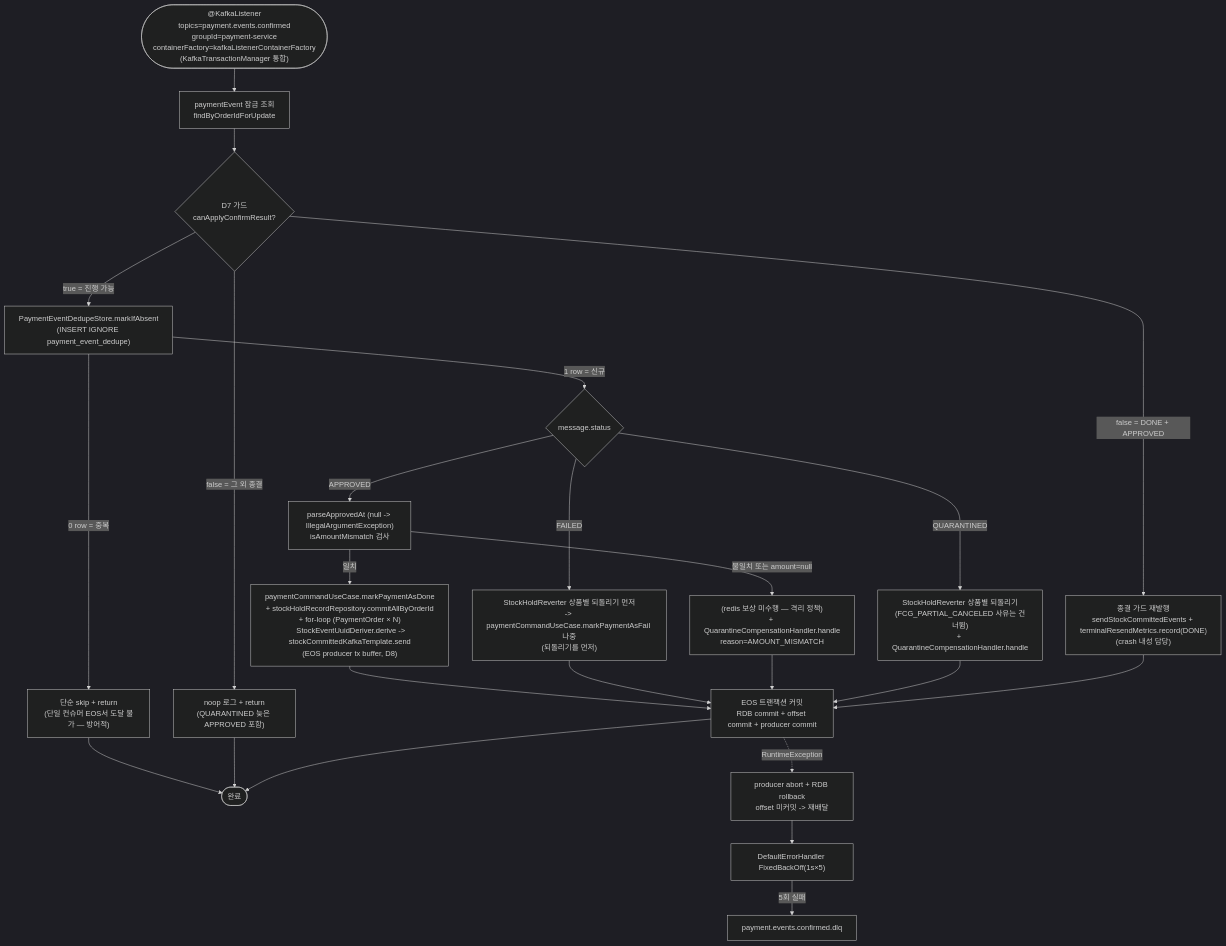
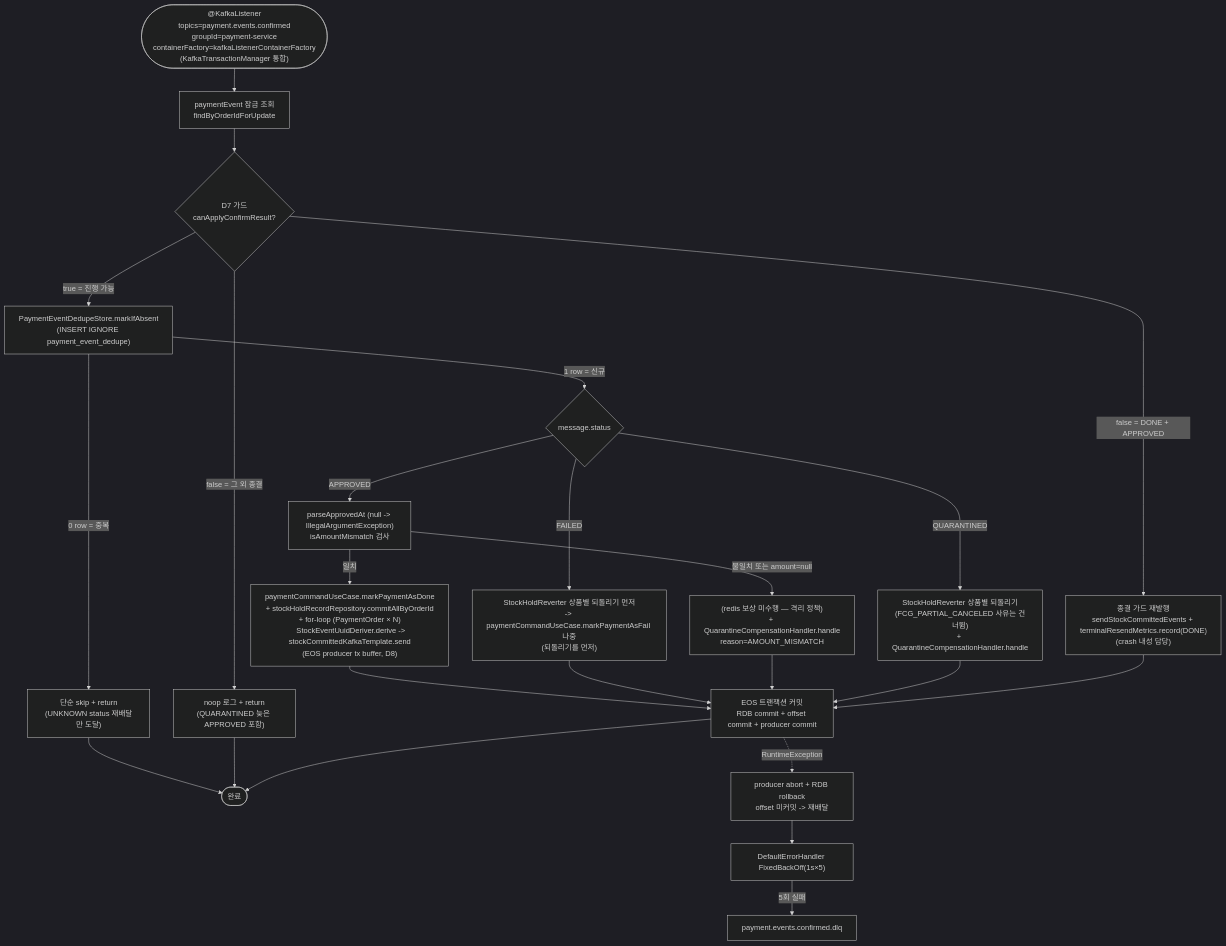
The fourth of 8 diagrams in docs/context/CONFIRM-FLOW.md (hyoguoo/payment-platform), drawn with Mermaid (dark theme) before and after one commit. The commit also changed other lines of this file and 13 other files, not shown here.

````diff
--- a/docs/context/CONFIRM-FLOW.md
+++ b/docs/context/CONFIRM-FLOW.md
@@ -125,33 +125,33 @@
 ```mermaid
 flowchart TD
     KC(["@KafkaListener<br/>topics=payment.events.confirmed<br/>groupId=payment-service<br/>containerFactory=kafkaListenerContainerFactory<br/>(KafkaTransactionManager 통합)"]) --> LOAD["paymentEvent 잠금 조회<br/>findByOrderIdForUpdate"]
     LOAD --> GUARD{"D7 가드<br/>canApplyConfirmResult?"}
 
     GUARD -->|false = DONE + APPROVED| RESEND_T["종결 가드 재발행<br/>sendStockCommittedEvents + terminalResendMetrics.record(DONE)<br/>(crash 내성 담당)"]
     GUARD -->|false = 그 외 종결| NOOP["noop 로그 + return<br/>(QUARANTINED 늦은 APPROVED 포함)"]
     GUARD -->|true = 진행 가능| DEDUPE["PaymentEventDedupeStore.markIfAbsent<br/>(INSERT IGNORE payment_event_dedupe)"]
 
-    DEDUPE -->|0 row = 중복| RESEND["단순 skip + return<br/>(단일 컨슈머 EOS서 도달 불가 — 방어적)"]
+    DEDUPE -->|0 row = 중복| RESEND["단순 skip + return<br/>(UNKNOWN status 재배달만 도달)"]
     DEDUPE -->|1 row = 신규| SW{message.status}
 
     SW -->|APPROVED| AMT["parseApprovedAt (null -> IllegalArgumentException)<br/>isAmountMismatch 검사"]
     AMT -->|불일치 또는 amount=null| QU_AM["(redis 보상 미수행 — 격리 정책)<br/>+ QuarantineCompensationHandler.handle<br/>reason=AMOUNT_MISMATCH"]
     AMT -->|일치| DONE_OK["paymentCommandUseCase.markPaymentAsDone<br/>+ stockHoldRecordRepository.commitAllByOrderId<br/>+ for-loop (PaymentOrder × N)<br/>  StockEventUuidDeriver.derive -> stockCommittedKafkaTemplate.send<br/>(EOS producer tx buffer, D8)"]
 
     SW -->|FAILED| FAIL_OK["StockHoldReverter 상품별 되돌리기 먼저<br/>-> paymentCommandUseCase.markPaymentAsFail 나중<br/>(되돌리기를 먼저)"]
 
     SW -->|QUARANTINED| QU_PG["StockHoldReverter 상품별 되돌리기<br/>(FCG_PARTIAL_CANCELED 사유는 건너뜀)<br/>+ QuarantineCompensationHandler.handle"]
 
     DONE_OK --> COMMIT["EOS 트랜잭션 커밋<br/>RDB commit + offset commit + producer commit"]
     FAIL_OK --> COMMIT
     QU_AM --> COMMIT
     QU_PG --> COMMIT
     RESEND_T --> COMMIT
     RESEND --> END([완료])
     NOOP --> END
     COMMIT --> END
 
     COMMIT -.->|RuntimeException| ABORT["producer abort + RDB rollback<br/>offset 미커밋 -> 재배달"]
     ABORT --> RETRY["DefaultErrorHandler FixedBackOff(1s×5)"]
     RETRY -->|5회 실패| DLQ["payment.events.confirmed.dlq"]
 ```
````
